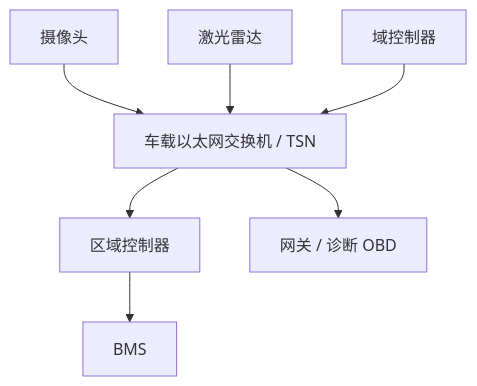
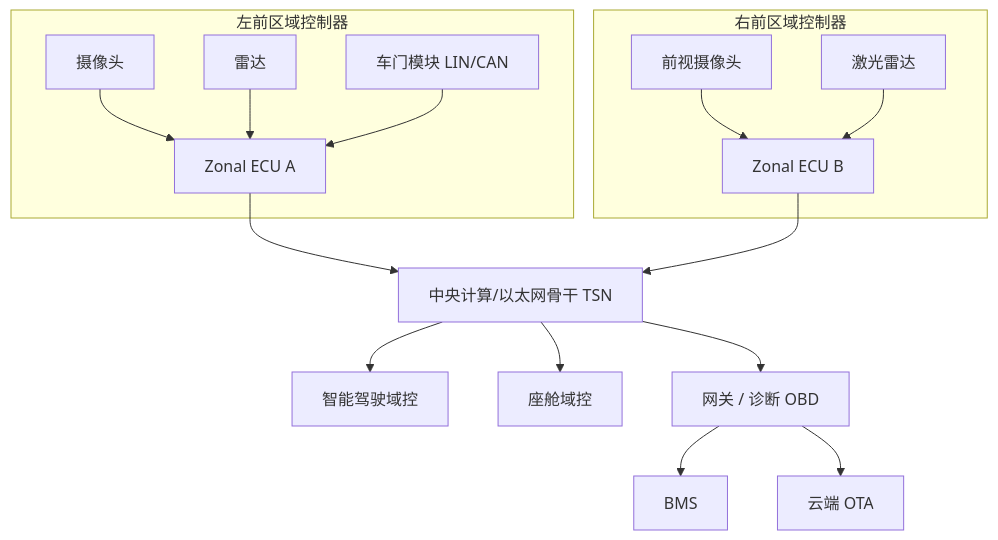
Before and after one commit to 1208826038/embedded-skill-notes: the first of 10 diagrams in articles/p08-ethernet.md, drawn with Mermaid. The commit also changed other lines of this file, not shown here.

````diff
--- a/articles/p08-ethernet.md
+++ b/articles/p08-ethernet.md
@@ -27,9 +23,19 @@
 ```mermaid
 flowchart TB
-    CAM[摄像头] --> SW[车载以太网交换机 / TSN]
-    LIDAR[激光雷达] --> SW
-    DOM[域控制器] --> SW
-    SW --> ZONE[区域控制器]
-    SW --> GW[网关 / 诊断 OBD]
-    ZONE --> BMS[BMS]
+    subgraph 区域A[左前区域控制器]
+        S1[摄像头] --> ZA[Zonal ECU A]
+        S2[雷达] --> ZA
+        S3[车门模块 LIN/CAN] --> ZA
+    end
+    subgraph 区域B[右前区域控制器]
+        S4[前视摄像头] --> ZB[Zonal ECU B]
+        S5[激光雷达] --> ZB
+    end
+    ZA --> BACK[中央计算/以太网骨干 TSN]
+    ZB --> BACK
+    BACK --> ADAS[智能驾驶域控]
+    BACK --> COCKPIT[座舱域控]
+    BACK --> GW[网关 / 诊断 OBD]
+    GW --> BMS[BMS]
+    GW --> CLOUD[云端 OTA]
 ```
````
